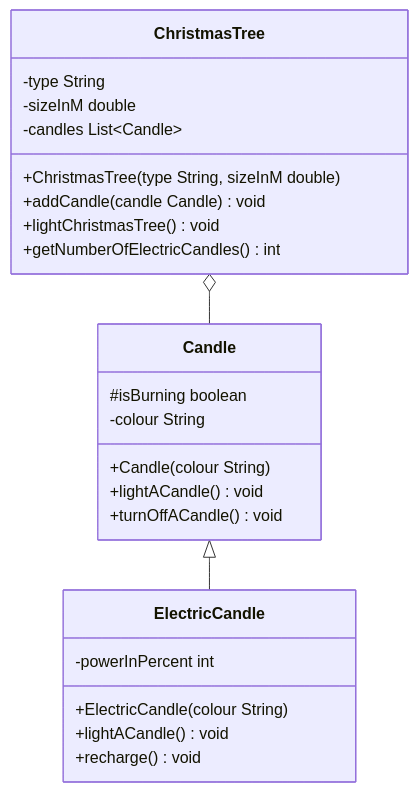
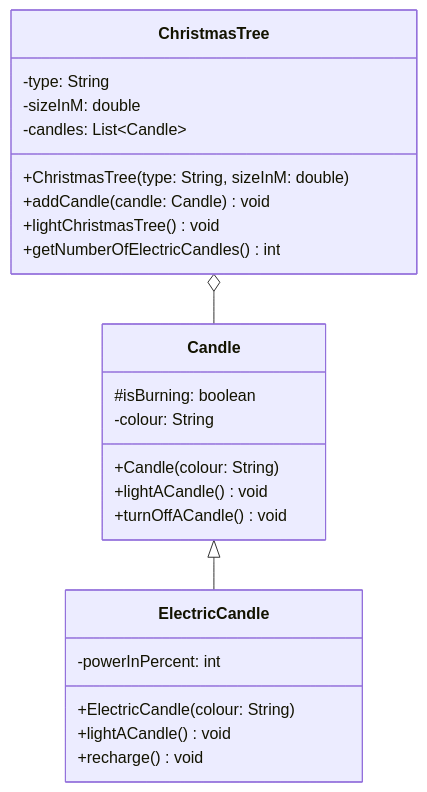
Before and after one commit to jappuccini/java-docs: the diagram in docs/exam-exercises/exam-exercises-java1/christmas-tree.md, drawn with Mermaid. The commit also changed other lines of this file and 76 other files, not shown here.

Commit message:
uml fixes (colons, properties), headline fixes (italic) and exam result updates

````diff
--- a/docs/exam-exercises/exam-exercises-java1/christmas-tree.md
+++ b/docs/exam-exercises/exam-exercises-java1/christmas-tree.md
@@ -12,31 +12,31 @@
 ```mermaid
 classDiagram
     Candle <|-- ElectricCandle
     ChristmasTree o-- Candle
 
     class ChristmasTree {
-        -type String
-        -sizeInM double
-        -candles List~Candle~
-        +ChristmasTree(type String, sizeInM double)
-        +addCandle(candle Candle) void
+        -type: String
+        -sizeInM: double
+        -candles: List~Candle~
+        +ChristmasTree(type: String, sizeInM: double)
+        +addCandle(candle: Candle) void
         +lightChristmasTree() void
         +getNumberOfElectricCandles() int
 
     }
 
     class Candle {
-        #isBurning boolean
-        -colour String
-        +Candle(colour String)
+        #isBurning: boolean
+        -colour: String
+        +Candle(colour: String)
         +lightACandle() void
         +turnOffACandle() void
     }
 
     class ElectricCandle {
-        -powerInPercent int
-        +ElectricCandle(colour String)
+        -powerInPercent: int
+        +ElectricCandle(colour: String)
         +lightACandle() void
         +recharge() void
     }
 ```
````
